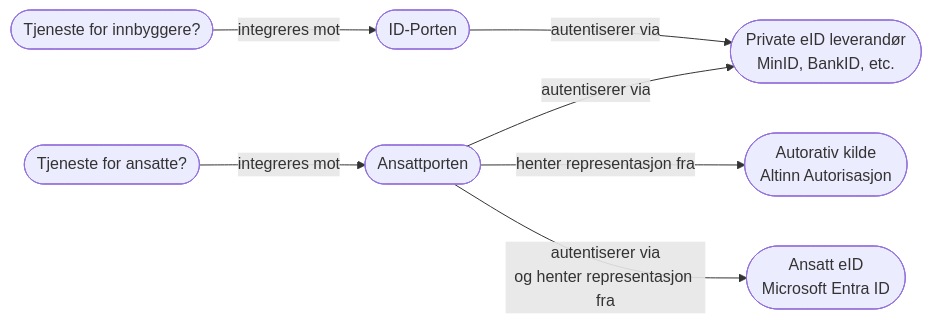
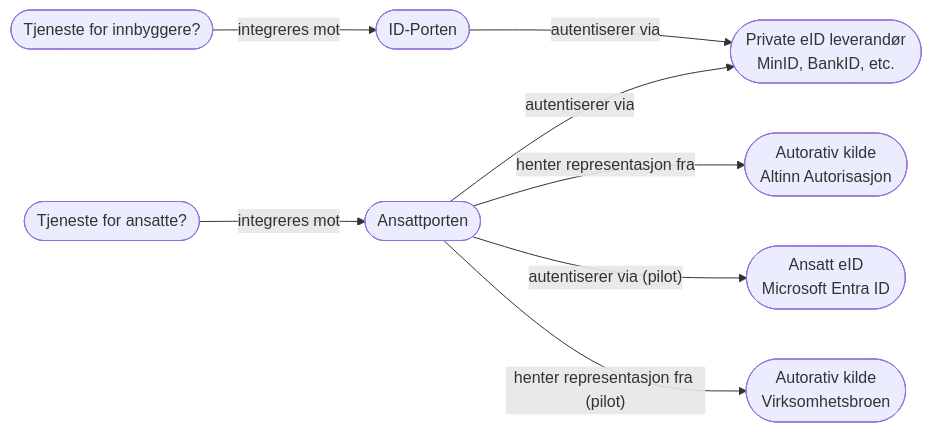
Before and after one commit to kartverket/skip.kartverket.no: the diagram in docs/08-tilgangsstyring/02-klientregistrering/04-ansattporten.mdx, drawn with Mermaid. The commit also changed other lines of this file and 4 other files, not shown here.

````diff
--- a/docs/08-tilgangsstyring/02-klientregistrering/04-ansattporten.mdx
+++ b/docs/08-tilgangsstyring/02-klientregistrering/04-ansattporten.mdx
@@ -45,17 +52,19 @@
 ```mermaid
 flowchart LR;
   innbygger([Tjeneste for innbyggere?]);
   ansatte([Tjeneste for ansatte?]);
   id-porten([ID-Porten])
   ansattporten([Ansattporten])
   eid-leverandør([Private eID leverandør</br>MinID, BankID, etc.])
   altinn([Autorativ kilde</br>Altinn Autorisasjon]);
   entra-id([Ansatt eID</br>Microsoft Entra ID]);
+  virksomhetsbroen([Autorativ kilde</br>Virksomhetsbroen]);
 
   innbygger -- "integreres mot" --> id-porten;
   id-porten -- "autentiserer via" --> eid-leverandør;
   ansatte -- "integreres mot" --> ansattporten;
   ansattporten -- "autentiserer via" --> eid-leverandør;
   ansattporten -- "henter representasjon fra" --> altinn;
-  ansattporten -- "autentiserer via</br>og henter representasjon fra" --> entra-id;
+  ansattporten -- "autentiserer via (pilot)" --> entra-id;
+  ansattporten -- "henter representasjon fra (pilot)" --> virksomhetsbroen;
 ```
````
